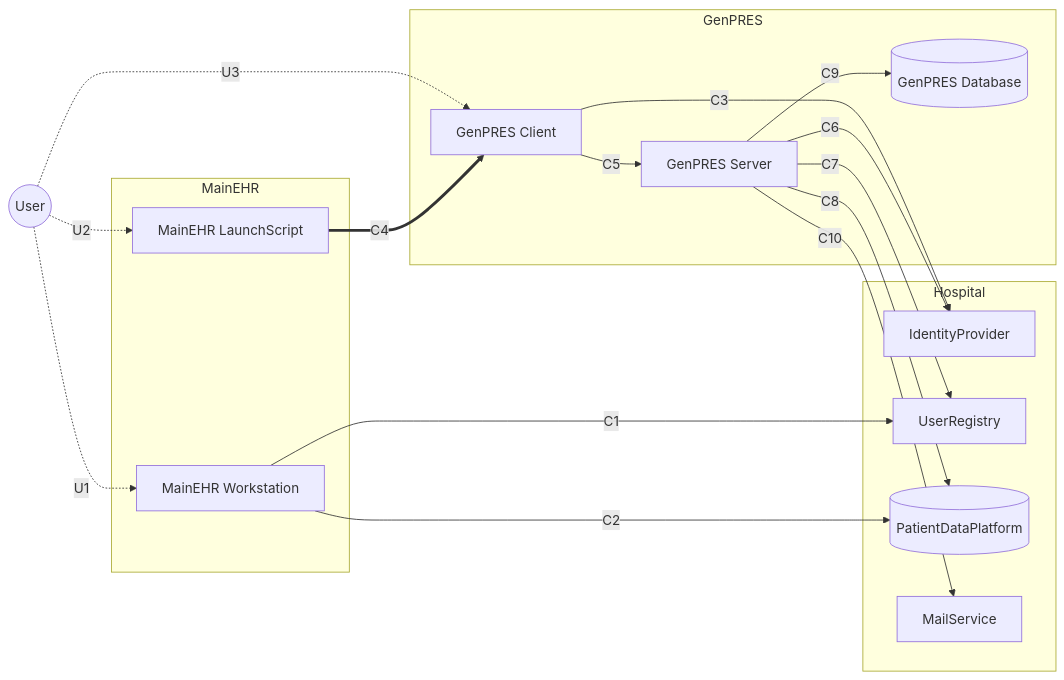
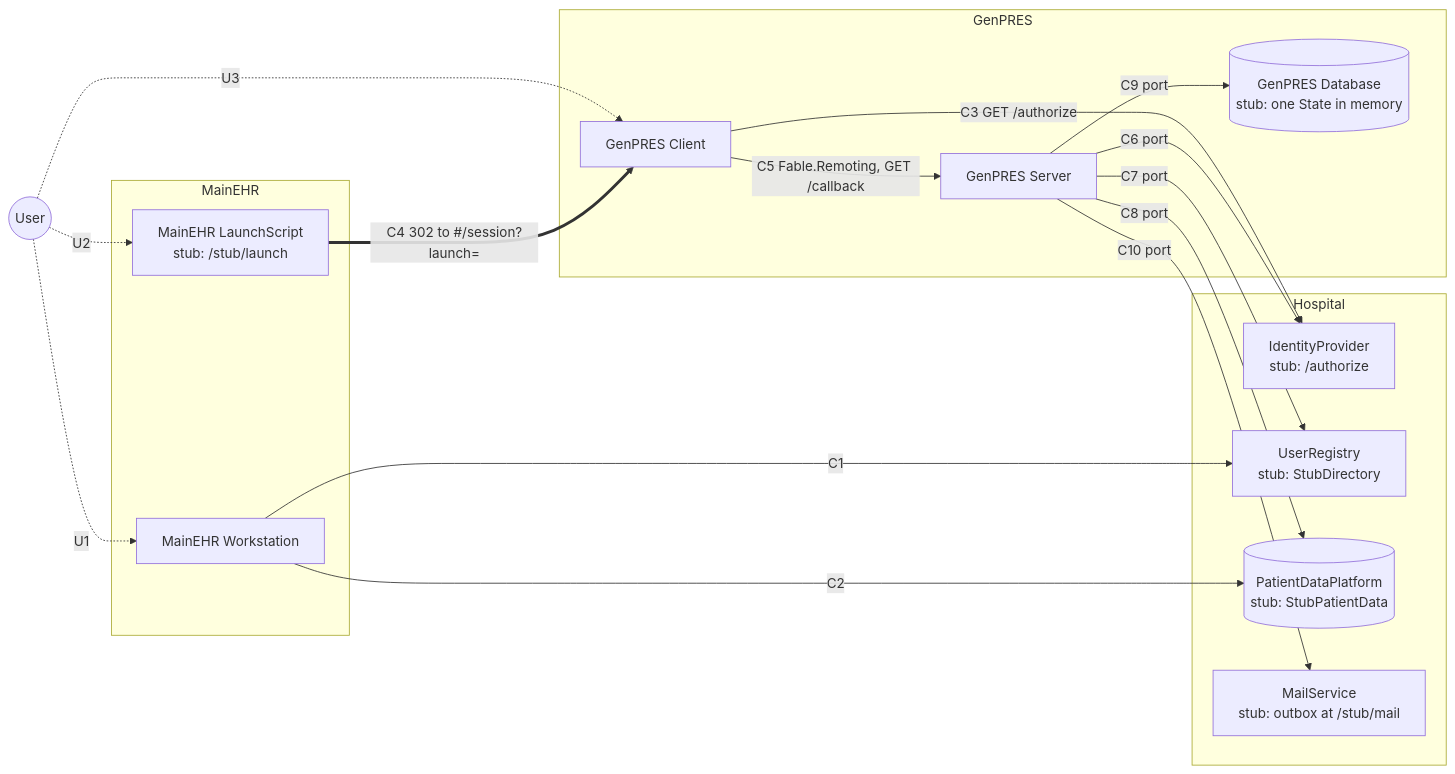
The diagram in docs/scenarios/integration/actors-and-edges.md (informedica/GenPRES), drawn with Mermaid before and after one commit. The commit also changed other lines of this file and 13 other files, not shown here.

````diff
--- a/docs/scenarios/integration/actors-and-edges.md
+++ b/docs/scenarios/integration/actors-and-edges.md
@@ -7,37 +7,37 @@
 ```mermaid
 flowchart LR
     U(("User"))
 
     subgraph MainEHR
         W["MainEHR Workstation"]
-        L["MainEHR LaunchScript"]
+        L["MainEHR LaunchScript<br/>stub: /stub/launch"]
     end
 
     subgraph GenPRES
         C["GenPRES Client"]
         S["GenPRES Server"]
-        D[("GenPRES Database")]
+        D[("GenPRES Database<br/>stub: one State in memory")]
     end
 
     subgraph Hospital
-        I["IdentityProvider"]
-        R["UserRegistry"]
-        P[("PatientDataPlatform")]
-        M["MailService"]
+        I["IdentityProvider<br/>stub: /authorize"]
+        R["UserRegistry<br/>stub: StubDirectory"]
+        P[("PatientDataPlatform<br/>stub: StubPatientData")]
+        M["MailService<br/>stub: outbox at /stub/mail"]
     end
 
     U -.->|U1| W
     U -.->|U2| L
     U -.->|U3| C
 
     W -->|C1| R
     W -->|C2| P
-    C -->|C3| I
-    L ==>|C4| C
-    C -->|C5| S
-    S -->|C6| I
-    S -->|C7| R
-    S -->|C8| P
-    S -->|C9| D
-    S -->|C10| M
+    C -->|C3 GET /authorize| I
+    L ==>|C4 302 to #35;/session?launch=| C
+    C -->|C5 Fable.Remoting, GET /callback| S
+    S -->|C6 port| I
+    S -->|C7 port| R
+    S -->|C8 port| P
+    S -->|C9 port| D
+    S -->|C10 port| M
 ```
````
